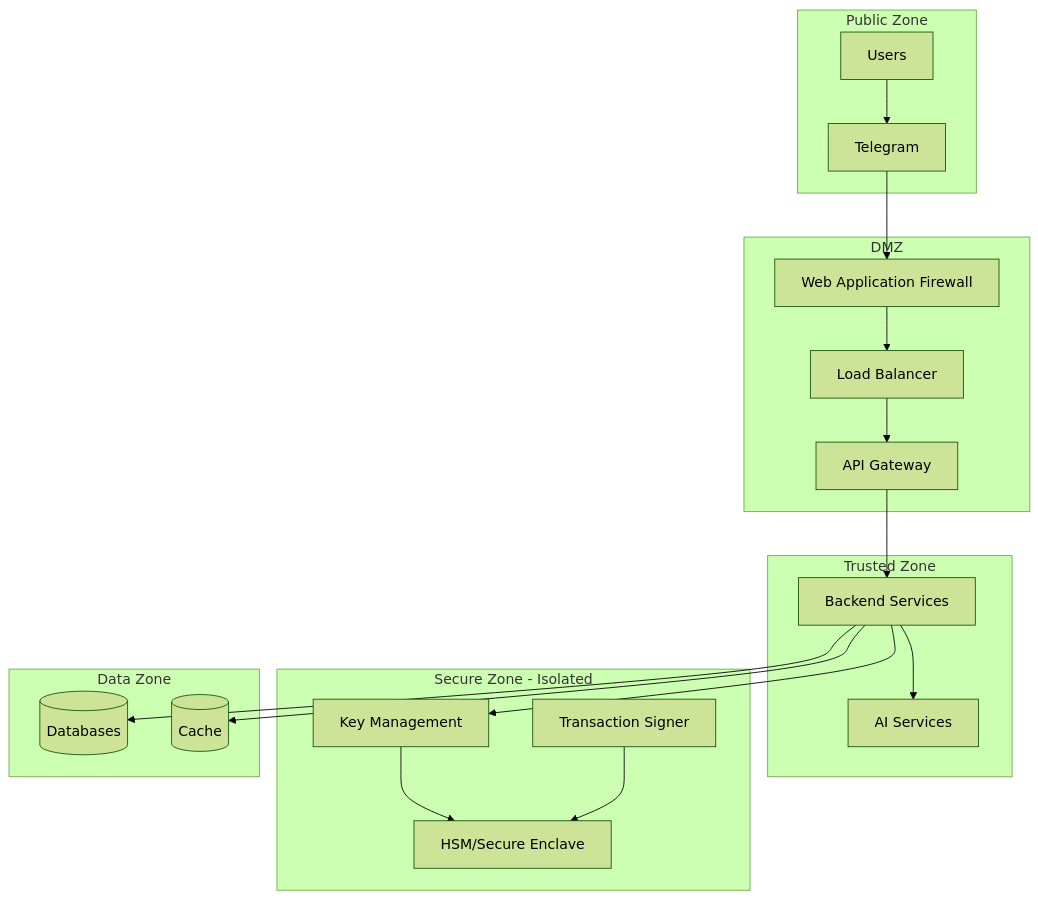
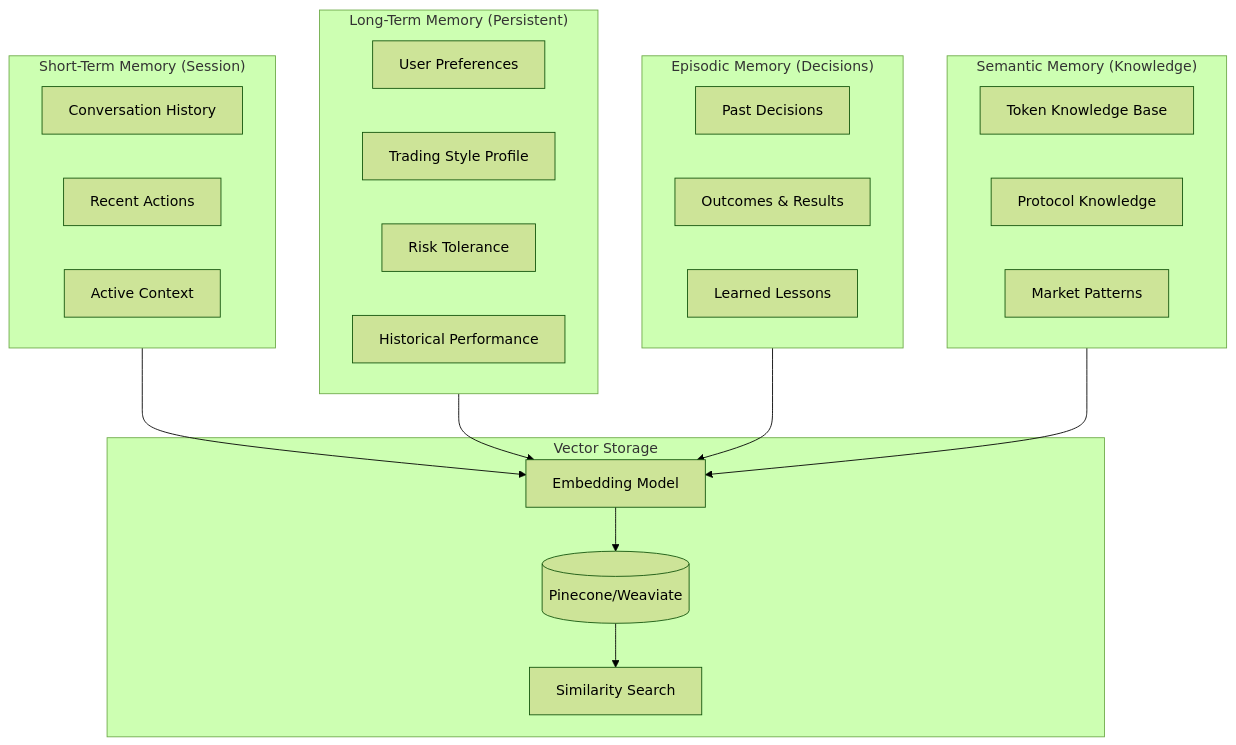
Before and after one commit to xlabtg/TONAIAgent: diagram 14 of 39 in docs/architecture.md, drawn with Mermaid (forest theme). The commit also changed other lines of this file, not shown here.

First line of the commit message:
Comprehensive architecture update addressing PR feedback

````diff
--- a/docs/architecture.md
+++ b/docs/architecture.md
@@ -332,41 +859,40 @@
 ```mermaid
 flowchart TB
-    subgraph PublicZone["Public Zone"]
-        USER[Users]
-        TG[Telegram]
+    subgraph ShortTermMemory["Short-Term Memory (Session)"]
+        CONV[Conversation History]
+        RECENT[Recent Actions]
+        ACTIVE_CONTEXT[Active Context]
     end
 
-    subgraph DMZ["DMZ"]
-        WAF[Web Application Firewall]
-        LB[Load Balancer]
-        API[API Gateway]
+    subgraph LongTermMemory["Long-Term Memory (Persistent)"]
+        USER_PREF[User Preferences]
+        TRADING_STYLE[Trading Style Profile]
+        RISK_PROFILE[Risk Tolerance]
+        PAST_PERF[Historical Performance]
     end
 
-    subgraph TrustedZone["Trusted Zone"]
-        BACKEND[Backend Services]
-        AI[AI Services]
+    subgraph EpisodicMemory["Episodic Memory (Decisions)"]
+        DECISION_LOG[Past Decisions]
+        OUTCOME[Outcomes & Results]
+        LESSONS[Learned Lessons]
     end
 
-    subgraph SecureZone["Secure Zone - Isolated"]
-        KMS[Key Management]
-        SIGNER[Transaction Signer]
-        HSM[HSM/Secure Enclave]
+    subgraph SemanticMemory["Semantic Memory (Knowledge)"]
+        TOKEN_KB[Token Knowledge Base]
+        PROTOCOL_KB[Protocol Knowledge]
+        MARKET_KB[Market Patterns]
     end
 
-    subgraph DataZone["Data Zone"]
-        DB[(Databases)]
-        CACHE[(Cache)]
+    subgraph VectorStore["Vector Storage"]
+        EMBEDDING[Embedding Model]
+        VECTOR_DB[(Pinecone/Weaviate)]
+        RETRIEVAL[Similarity Search]
     end
 
-    USER --> TG
-    TG --> WAF
-    WAF --> LB
-    LB --> API
-    API --> BACKEND
-    BACKEND --> AI
-    BACKEND --> KMS
-    KMS --> HSM
-    SIGNER --> HSM
-    BACKEND --> DB
-    BACKEND --> CACHE
+    ShortTermMemory --> EMBEDDING
+    LongTermMemory --> EMBEDDING
+    EpisodicMemory --> EMBEDDING
+    SemanticMemory --> EMBEDDING
+    EMBEDDING --> VECTOR_DB
+    VECTOR_DB --> RETRIEVAL
 ```
````
